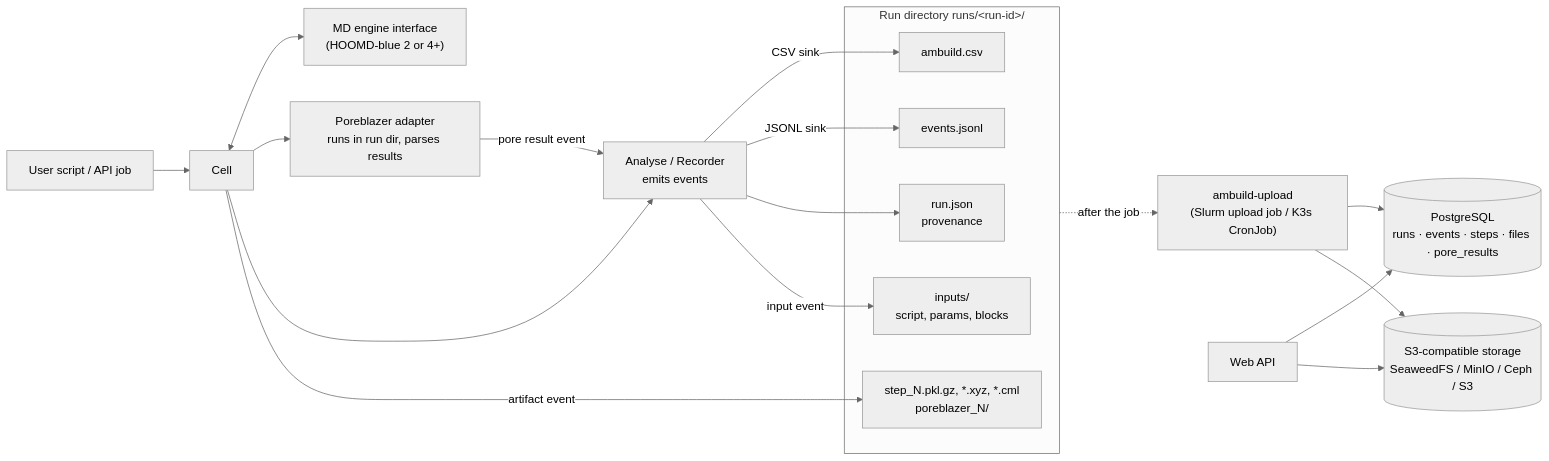
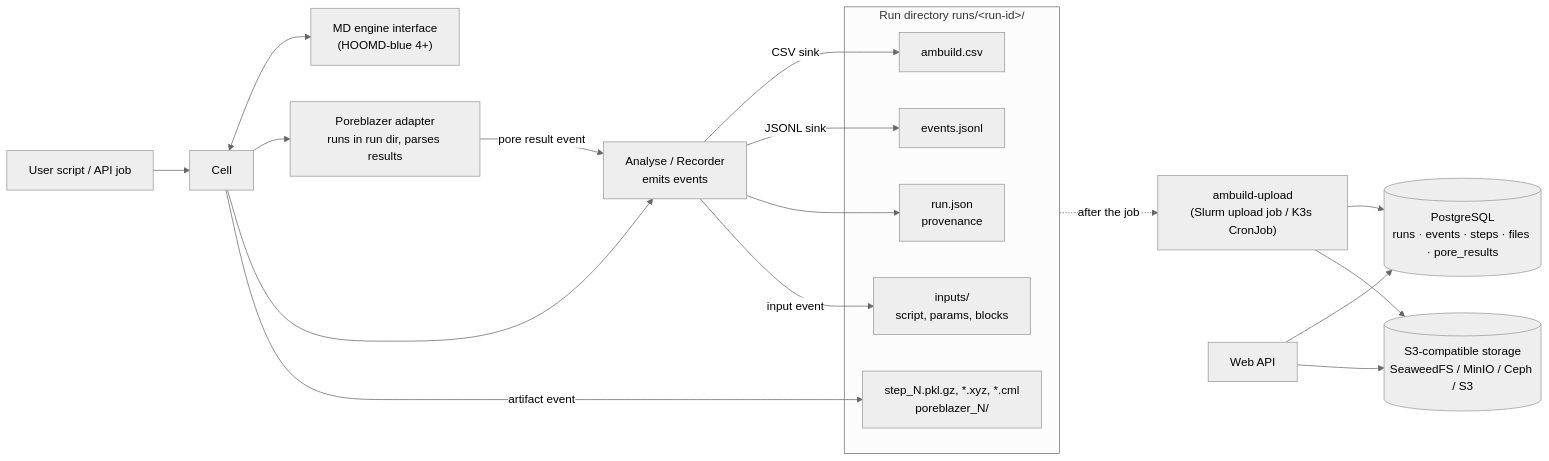
One commit to st7ma784/ambuild changed the second of 3 diagrams in docs/architecture.md. Above: the diagram before and after it, drawn with Mermaid (neutral theme). The commit also changed other lines of this file and 6 other files, not shown here.

Commit message:
Document the move to HOOMD-blue 4+ only

````diff
--- a/docs/architecture.md
+++ b/docs/architecture.md
@@ -48,28 +48,28 @@
 ```mermaid
 flowchart LR
     script["User script / API job"] --> cell["Cell"]
-    cell <--> md["MD engine interface<br/>(HOOMD-blue 2 or 4+)"]
+    cell <--> md["MD engine interface<br/>(HOOMD-blue 4+)"]
     cell --> pb["Poreblazer adapter<br/>runs in run dir, parses results"]
     cell --> rec["Analyse / Recorder<br/>emits events"]
     pb -- "pore result event" --> rec
 
     subgraph rundir["Run directory  runs/&lt;run-id&gt;/"]
         runjson["run.json<br/>provenance"]
         events["events.jsonl"]
         csv["ambuild.csv"]
         files["step_N.pkl.gz, *.xyz, *.cml<br/>poreblazer_N/"]
         inputs["inputs/<br/>script, params, blocks"]
     end
 
     rec -- "CSV sink" --> csv
     rec -- "JSONL sink" --> events
     rec --> runjson
     rec -- "input event" --> inputs
     cell -- "artifact event" --> files
 
     rundir -. "after the job" .-> up["ambuild-upload<br/>(Slurm upload job / K3s CronJob)"]
     up --> pg[("PostgreSQL<br/>runs · events · steps · files · pore_results")]
     up --> s3[("S3-compatible storage<br/>SeaweedFS / MinIO / Ceph / S3")]
     api["Web API"] --> pg
     api --> s3
 ```
````
